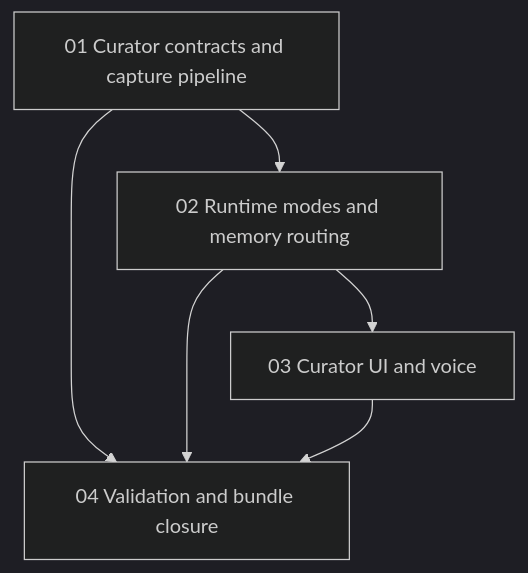
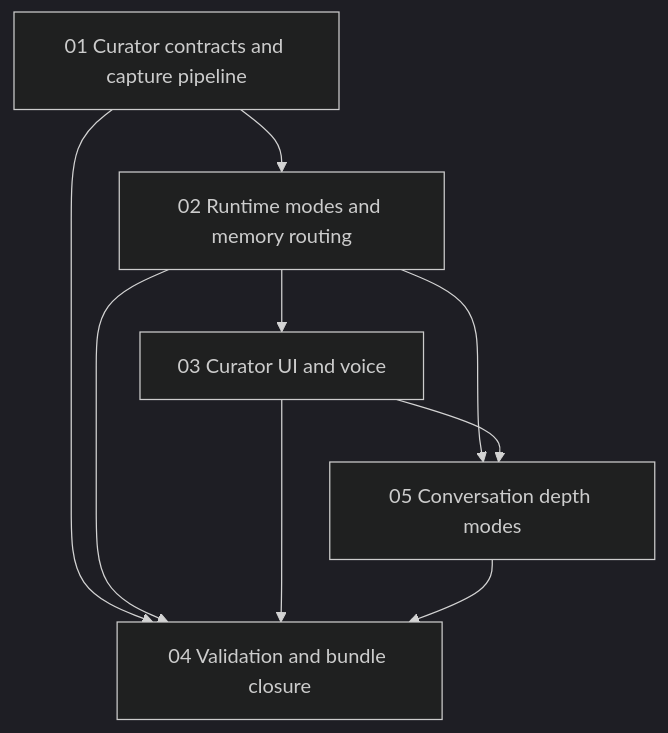
Before and after one commit to fyziktom/CanDoItAll: the diagram in codex/bundles/cognitive-memory-curator-conversation/plan/01-phase-plan.md, drawn with Mermaid (dark theme). The commit also changed other lines of this file and 27 other files, not shown here.

````diff
--- a/codex/bundles/cognitive-memory-curator-conversation/plan/01-phase-plan.md
+++ b/codex/bundles/cognitive-memory-curator-conversation/plan/01-phase-plan.md
@@ -5,8 +5,11 @@
 ```mermaid
 graph TD
   S1["01 Curator contracts and capture pipeline"] --> S2["02 Runtime modes and memory routing"]
   S2 --> S3["03 Curator UI and voice"]
+  S2 --> S5["05 Conversation depth modes"]
+  S3 --> S5
   S1 --> S4["04 Validation and bundle closure"]
   S2 --> S4
   S3 --> S4
+  S5 --> S4
 ```
````
